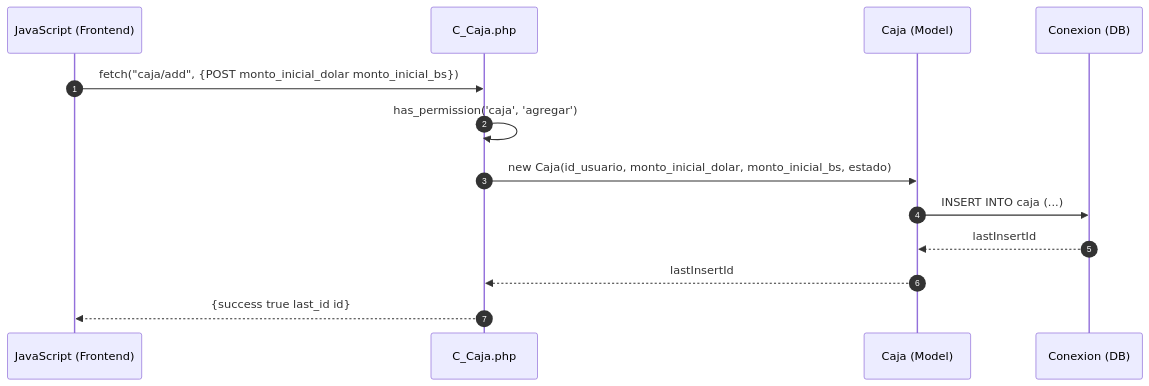
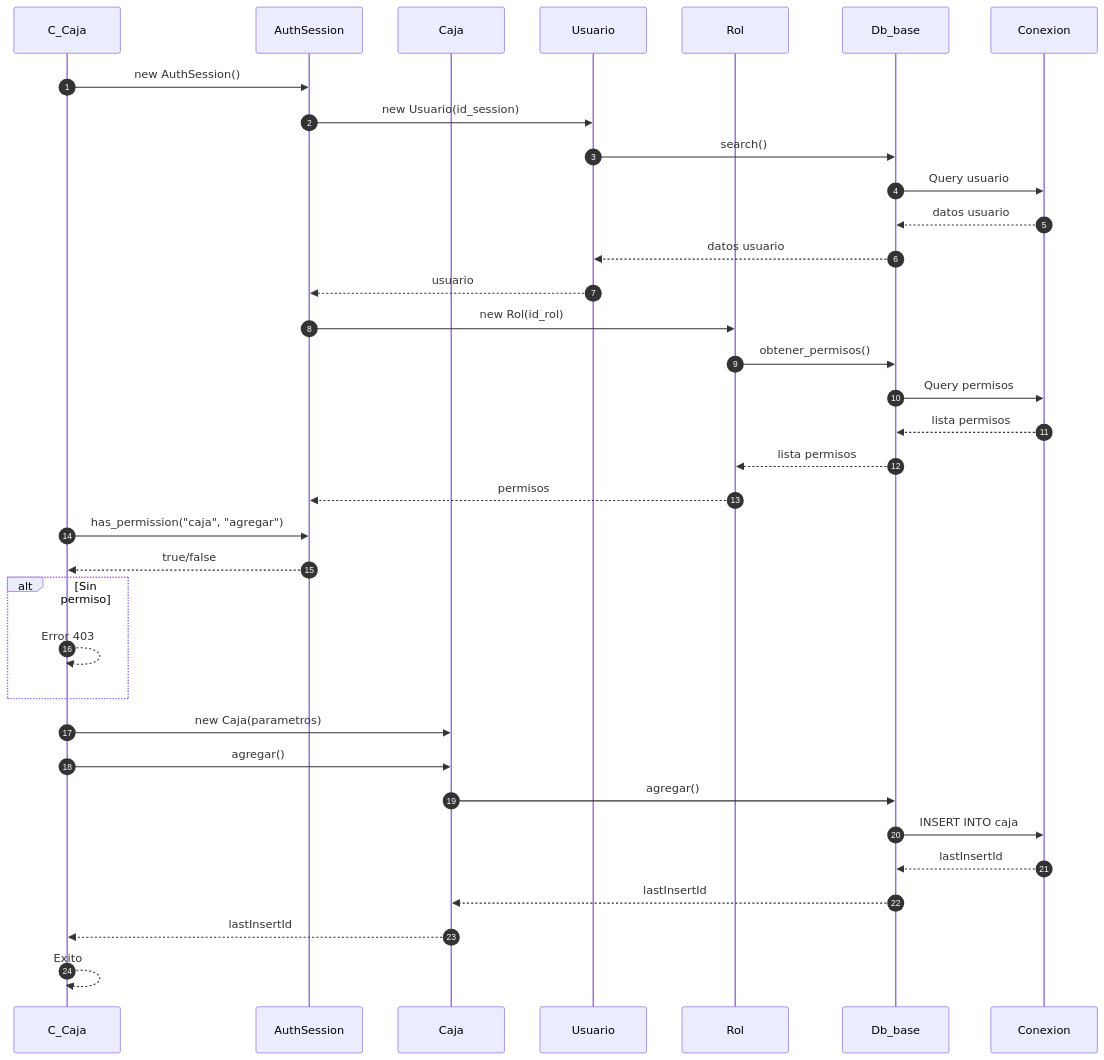
The first of 5 diagrams in docs/secuencia/caja/caja.md (Tecrato/BurgerHouse), drawn with Mermaid before and after one commit. The commit also changed other lines of this file and 13 other files, not shown here.

First line of the commit message:
diagramas actualizaos

````diff
--- a/docs/secuencia/caja/caja.md
+++ b/docs/secuencia/caja/caja.md
@@ -5,20 +5,43 @@
 ```mermaid
 sequenceDiagram
     autonumber
-    participant JS as JavaScript (Frontend)
-    participant C_Caja as C_Caja.php
-    participant Caja as Caja (Model)
-    participant DB as Conexion (DB)
+    participant C_Caja as C_Caja
+    participant AuthSession as AuthSession
+    participant Caja as Caja
+    participant Usuario as Usuario
+    participant Rol as Rol
+    participant Db_base as Db_base
+    participant Conexion as Conexion
     
-    JS->>C_Caja: fetch("caja/add", {POST monto_inicial_dolar monto_inicial_bs})
+    C_Caja->>AuthSession: new AuthSession()
+    AuthSession->>Usuario: new Usuario(id_session)
+    Usuario->>Db_base: search()
+    Db_base->>Conexion: Query usuario
+    Conexion-->>Db_base: datos usuario
+    Db_base-->>Usuario: datos usuario
+    Usuario-->>AuthSession: usuario
     
-    C_Caja->>C_Caja: has_permission('caja', 'agregar')
+    AuthSession->>Rol: new Rol(id_rol)
+    Rol->>Db_base: obtener_permisos()
+    Db_base->>Conexion: Query permisos
+    Conexion-->>Db_base: lista permisos
+    Db_base-->>Rol: lista permisos
+    Rol-->>AuthSession: permisos
     
-    C_Caja->>Caja: new Caja(id_usuario, monto_inicial_dolar, monto_inicial_bs, estado)
+    C_Caja->>AuthSession: has_permission("caja", "agregar")
+    AuthSession-->>C_Caja: true/false
     
-    Caja->>DB: INSERT INTO caja (...)
-    DB-->>Caja: lastInsertId
+    alt Sin permiso
+        C_Caja-->>C_Caja: Error 403
+    end
+    
+    C_Caja->>Caja: new Caja(parametros)
+    C_Caja->>Caja: agregar()
+    Caja->>Db_base: agregar()
+    Db_base->>Conexion: INSERT INTO caja
+    Conexion-->>Db_base: lastInsertId
+    Db_base-->>Caja: lastInsertId
     Caja-->>C_Caja: lastInsertId
     
-    C_Caja-->>JS: {success true last_id id}
+    C_Caja-->>C_Caja: Exito
 ```
````
